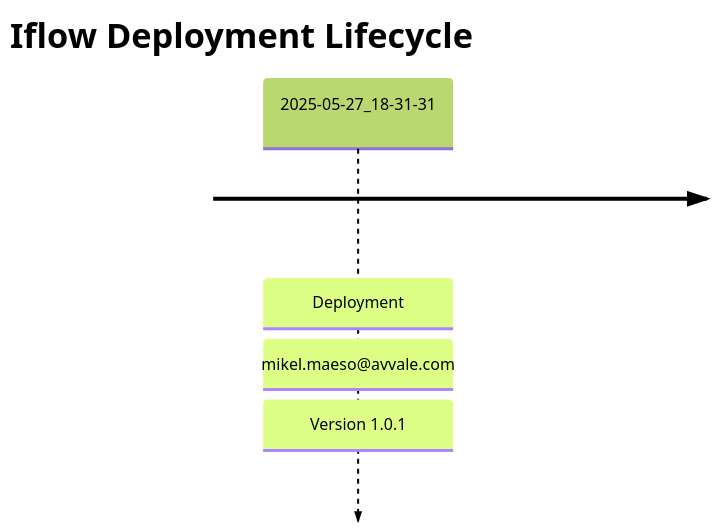
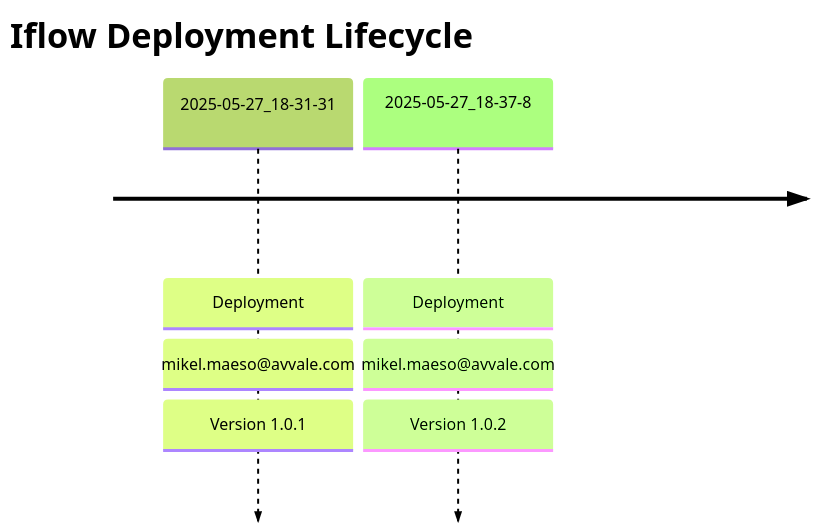
One commit to Avvale-IA-CICD/AvvaleCPI changed the diagram in REPSOL - Demo IA Docs/SEDA_Model_-_Single_Queue_-_Restart_and_Discard_-_REPSOL/README.md. Above: the diagram before and after it, drawn with Mermaid. The commit also changed other lines of this file, not shown here.

Commit message:
docs: Update master README for REPSOL - Demo IA Docs/SEDA_Model_-_Single_Queue_-_Restart_and_Discard_-_REPSOL (v 1.0.2)

````diff
--- a/REPSOL - Demo IA Docs/SEDA_Model_-_Single_Queue_-_Restart_and_Discard_-_REPSOL/README.md
+++ b/REPSOL - Demo IA Docs/SEDA_Model_-_Single_Queue_-_Restart_and_Discard_-_REPSOL/README.md
@@ -7,6 +7,7 @@
 ```mermaid
 %%{init: { 'logLevel': 'debug', 'theme': 'forest' } }%%
 timeline
     title Iflow Deployment Lifecycle
     2025-05-27_18-31-31 : Deployment : mikel.maeso@avvale.com : Version 1.0.1
+    2025-05-27_18-37-8 : Deployment : mikel.maeso@avvale.com : Version 1.0.2
 ```
````
